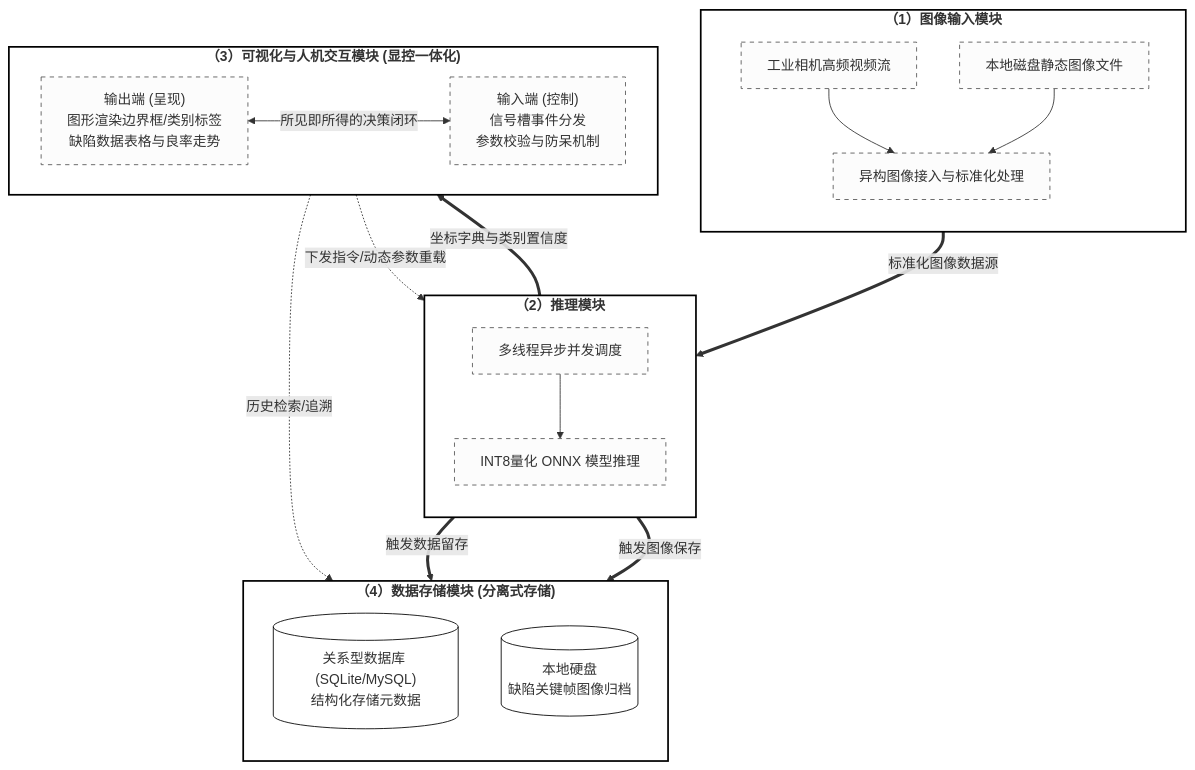
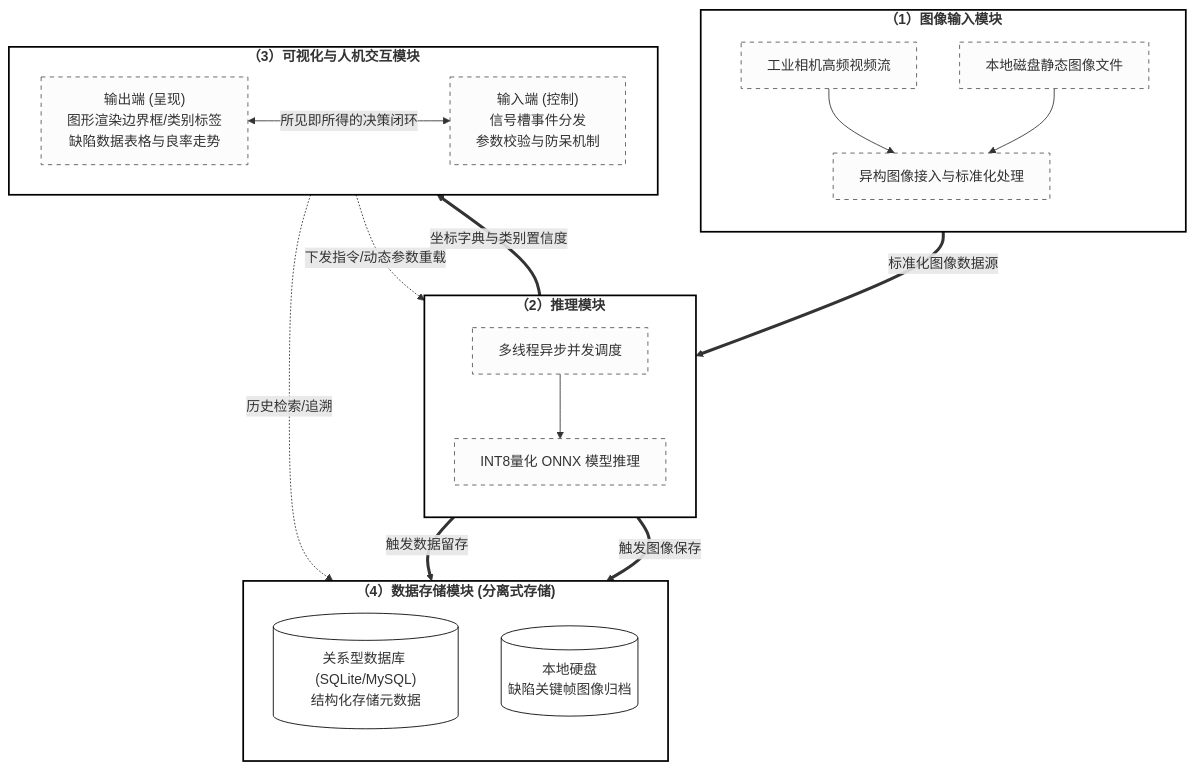
Before and after one commit to MAOSHENGsong/iodraw-files: the diagram in all/未命名.md, drawn with Mermaid.

Commit message:
2026-03-12 14:35:29 update

````diff
--- a/all/未命名.md
+++ b/all/未命名.md
@@ -1,52 +1,52 @@
 ```mermaid
 graph TD
     %% 整体样式设置：纯白背景，适合学术论文
     classDef mainModule fill:#ffffff,stroke:#000000,stroke-width:2px,font-weight:bold,font-size:16px;
     classDef subNode fill:#fcfcfc,stroke:#555555,stroke-width:1px,stroke-dasharray: 5 5;
     classDef dbNode fill:#ffffff,stroke:#000000,stroke-width:1px;
 
     %% 1. 图像输入模块
     subgraph Module1["（1）图像输入模块"]
         direction TB
         I1[工业相机高频视频流] --> I3[异构图像接入与标准化处理]
         I2[本地磁盘静态图像文件] --> I3
     end
 
     %% 2. 推理模块
     subgraph Module2["（2）推理模块"]
         direction TB
         R1[多线程异步并发调度] --> R2[INT8量化 ONNX 模型推理]
     end
 
     %% 3. 可视化与人机交互模块
-    subgraph Module3["（3）可视化与人机交互模块 (显控一体化)"]
+    subgraph Module3["（3）可视化与人机交互模块"]
         direction LR
         V1["输出端 (呈现)<br>图形渲染边界框/类别标签<br>缺陷数据表格与良率走势"]
         V2["输入端 (控制)<br>信号槽事件分发<br>参数校验与防呆机制"]
         V1 <-->|所见即所得的决策闭环| V2
     end
 
     %% 4. 数据存储模块
     subgraph Module4["（4）数据存储模块 (分离式存储)"]
         direction TB
         S1[("关系型数据库 (SQLite/MySQL)<br>结构化存储元数据")]
         S2[("本地硬盘<br>缺陷关键帧图像归档")]
     end
 
     %% 模块间的数据流向 (连线)
     I3 == 标准化图像数据源 ==> R1
     
     R2 == "坐标字典与类别置信度" ==> V1
     V2 -. "下发指令/动态参数重载" .-> R1
     
     R2 == 触发数据留存 ==> S1
     R2 == 触发图像保存 ==> S2
     
     V1 -. 历史检索/追溯 .-> S1
 
     %% 应用样式
     class Module1,Module2,Module3,Module4 mainModule;
     class I1,I2,I3,R1,R2,V1,V2 subNode;
     class S1,S2 dbNode;
   
 ```
````
